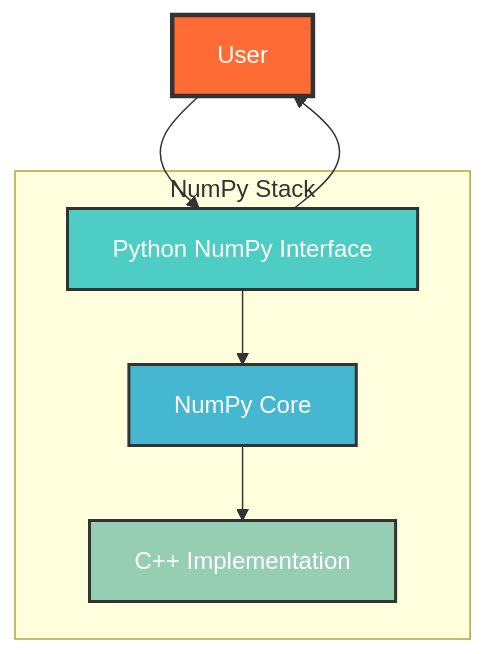
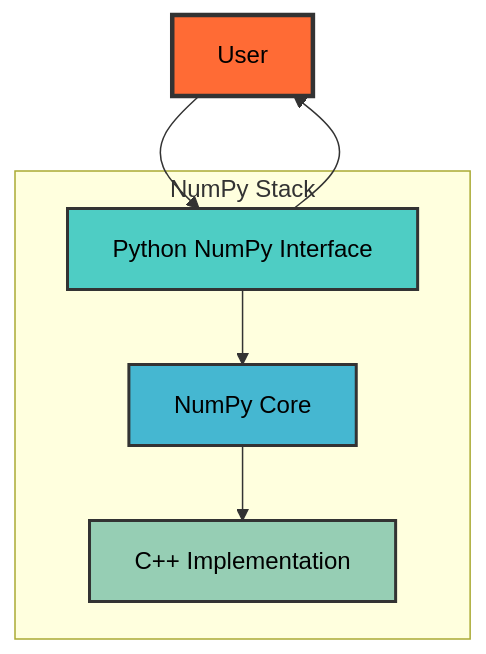
The second of 2 diagrams in README.md (siddharthkumarrai/numpy), drawn with Mermaid before and after one commit. The commit also changed other lines of this file, not shown here.

````diff
--- a/README.md
+++ b/README.md
@@ -21,19 +21,19 @@
 ```mermaid
 graph TD
     A[User] --> B[Python NumPy Interface]
     B --> A
     
     B --> C[NumPy Core]
     C --> D[C++ Implementation]
     
     subgraph "NumPy Stack"
         D
         C
         B
     end
     
-    style A fill:#ff6b35,stroke:#333,stroke-width:3px,color:#fff
-    style B fill:#4ecdc4,stroke:#333,stroke-width:2px,color:#fff
-    style C fill:#45b7d1,stroke:#333,stroke-width:2px,color:#fff
-    style D fill:#96ceb4,stroke:#333,stroke-width:2px,color:#fff
+    style A fill:#ff6b35,stroke:#333,stroke-width:3px,color:#000
+    style B fill:#4ecdc4,stroke:#333,stroke-width:2px,color:#000
+    style C fill:#45b7d1,stroke:#333,stroke-width:2px,color:#000
+    style D fill:#96ceb4,stroke:#333,stroke-width:2px,color:#000
 ```
````
